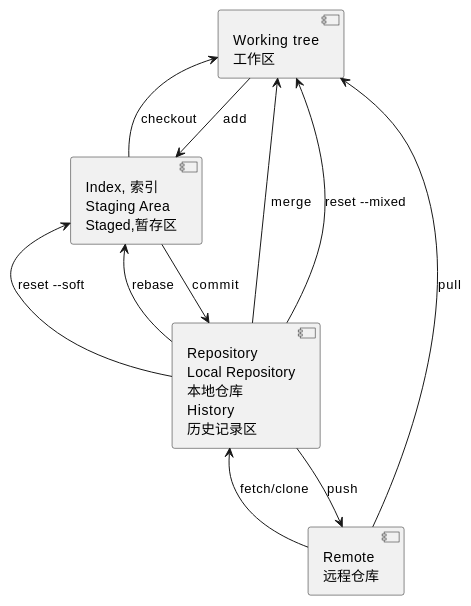
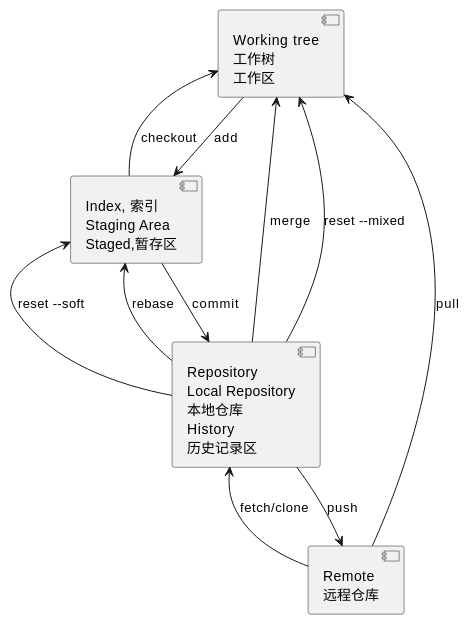
Before and after one commit to wiloon/blog: the diagram in content/post/archive-3/git.md, drawn with PlantUML. The commit also changed other lines of this file and 3 other files, not shown here.

````diff
--- a/content/post/archive-3/git.md
+++ b/content/post/archive-3/git.md
@@ -14,18 +14,18 @@
 ```puml
 @startuml
-[Working tree\n工作区] as work
+[Working tree\n工作树\n工作区] as work
 [Index, 索引\nStaging Area\nStaged,暂存区] as stage
 work --> stage: add
 [Repository\nLocal Repository\n本地仓库\nHistory\n历史记录区] as repo
 stage --> repo: commit
 [Remote\n远程仓库] as remote
 repo --> remote: push
 work <-- remote: pull
 remote --> repo: fetch/clone
 stage --> work: checkout
 repo --> work: merge
 repo --> stage: reset --soft
 repo --> stage: rebase
 repo --> work: reset --mixed
 @enduml
 ```
````
